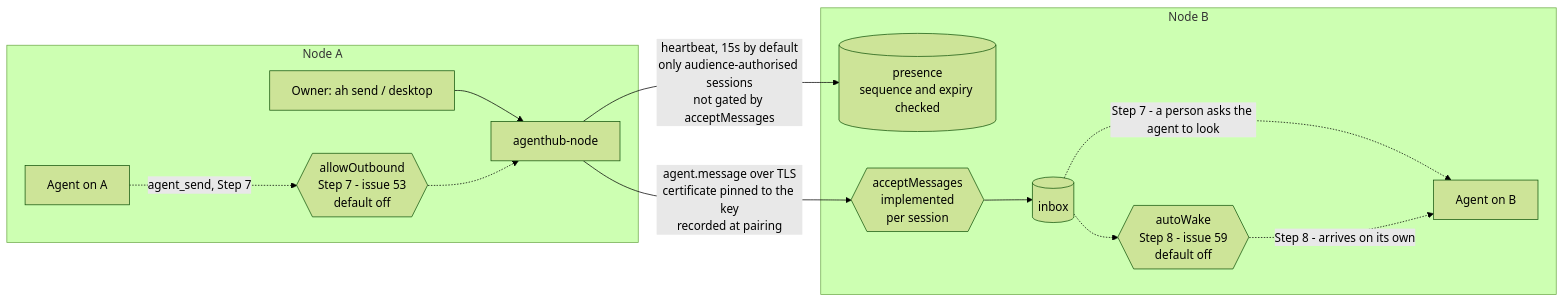
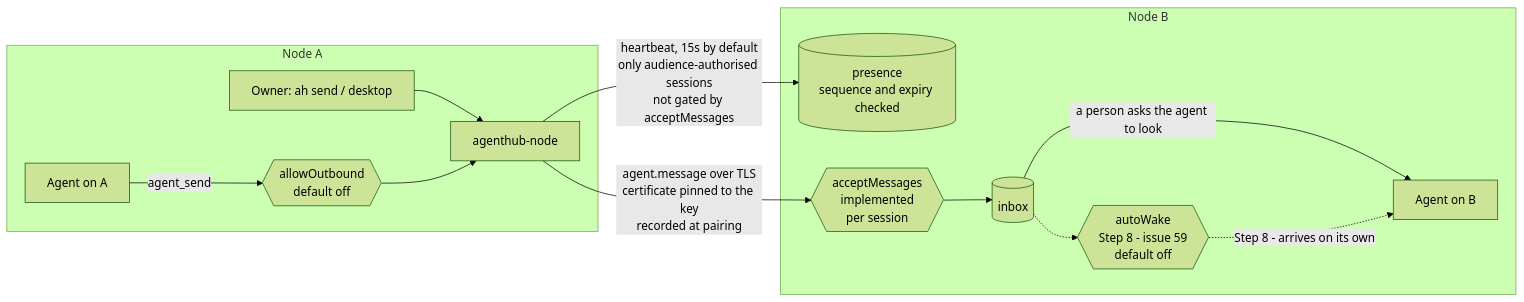
Before and after one commit to SheldonChangL/agenthub: the second of 2 diagrams in docs/architecture.md, drawn with Mermaid (forest theme). The commit also changed other lines of this file and 5 other files, not shown here.

````diff
--- a/docs/architecture.md
+++ b/docs/architecture.md
@@ -58,27 +58,27 @@
 ```mermaid
 flowchart LR
     subgraph A["Node A"]
         OwnerA["Owner: ah send / desktop"]
         AgentA[Agent on A]
-        OutA{{"allowOutbound<br/>Step 7 - issue 53<br/>default off"}}
+        OutA{{"allowOutbound<br/>default off"}}
         NodeA[agenthub-node]
     end
 
     subgraph B["Node B"]
         PresB[("presence<br/>sequence and expiry checked")]
         InB{{"acceptMessages<br/>implemented<br/>per session"}}
         InboxB[("inbox")]
         WakeB{{"autoWake<br/>Step 8 - issue 59<br/>default off"}}
         AgentB[Agent on B]
     end
 
     NodeA -- "heartbeat, 15s by default<br/>only audience-authorised sessions<br/>not gated by acceptMessages" --> PresB
     OwnerA --> NodeA
-    AgentA -. "agent_send, Step 7" .-> OutA
-    OutA -.-> NodeA
+    AgentA -- "agent_send" --> OutA
+    OutA --> NodeA
     NodeA -- "agent.message over TLS<br/>certificate pinned to the key<br/>recorded at pairing" --> InB
     InB --> InboxB
-    InboxB -. "Step 7 - a person asks the agent to look" .-> AgentB
+    InboxB -- "a person asks the agent to look" --> AgentB
     InboxB -.-> WakeB
     WakeB -. "Step 8 - arrives on its own" .-> AgentB
 ```
````
